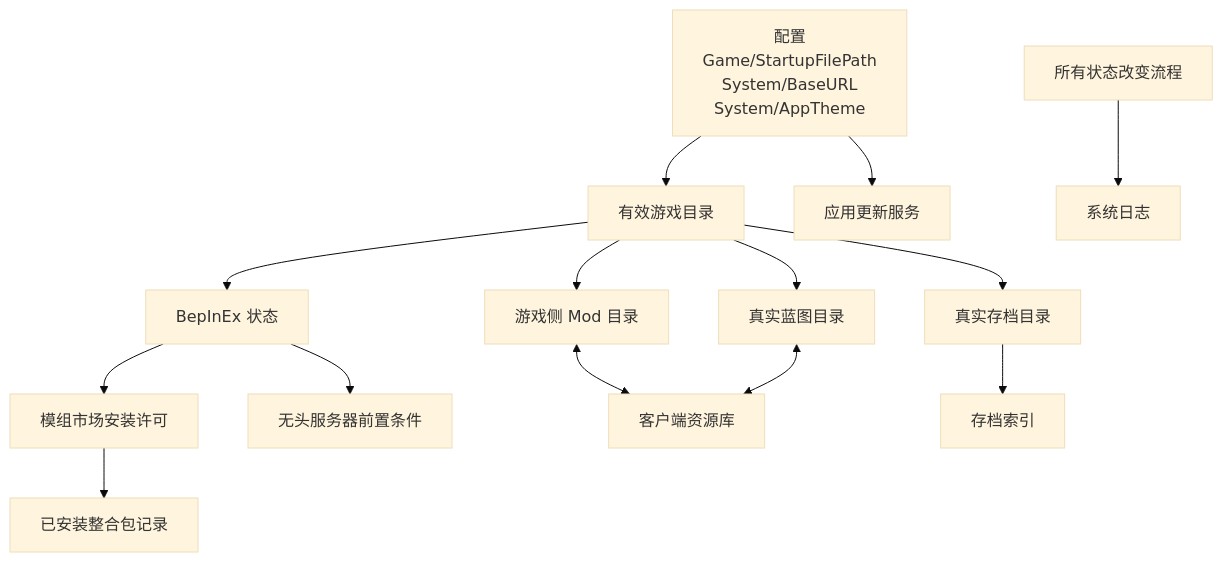
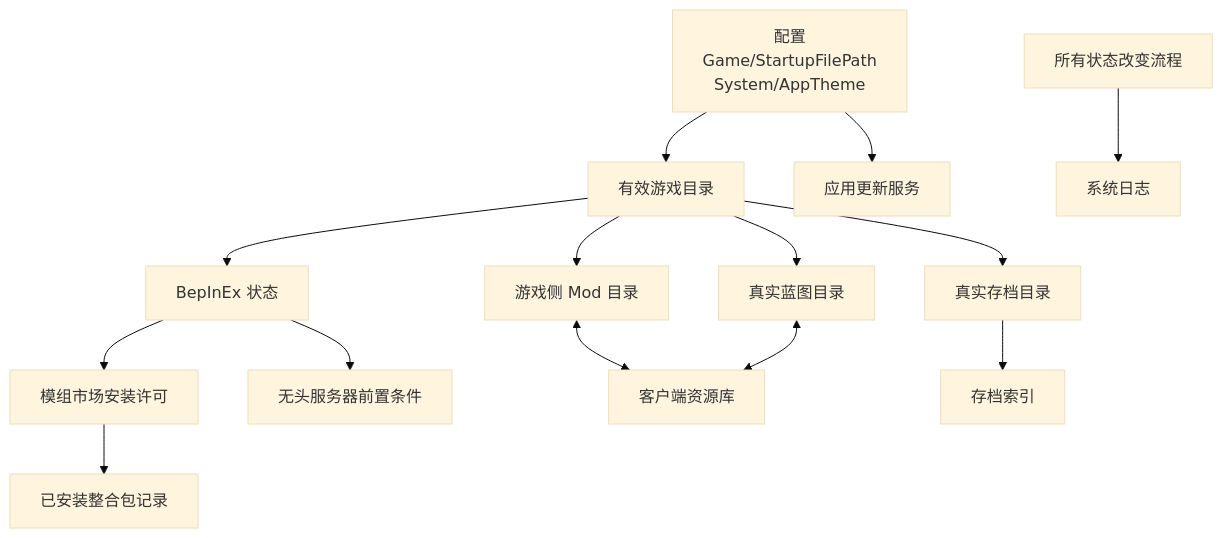
Before and after one commit to DarkSKL/dysonSphereBox: the first of 8 diagrams in docs/UI功能与逻辑说明.md, drawn with Mermaid (base theme). The commit also changed other lines of this file and 110 other files, not shown here.

````diff
--- a/docs/UI功能与逻辑说明.md
+++ b/docs/UI功能与逻辑说明.md
@@ -55,19 +55,18 @@
 ```mermaid
 flowchart TD
     Config[配置
     Game/StartupFilePath
-    System/BaseURL
     System/AppTheme] --> GameDir[有效游戏目录]
     GameDir --> BepInEx[BepInEx 状态]
     BepInEx --> ModMarket[模组市场安装许可]
     BepInEx --> Headless[无头服务器前置条件]
     ModMarket --> Installed[已安装整合包记录]
     GameDir --> RealMod[游戏侧 Mod 目录]
     GameDir --> RealBlueprint[真实蓝图目录]
     GameDir --> RealSave[真实存档目录]
     RealMod <--> EnvLibrary[客户端资源库]
     RealBlueprint <--> EnvLibrary
     RealSave --> SaveIndex[存档索引]
     Config --> Update[应用更新服务]
     AllWorkflows[所有状态改变流程] --> Logs[系统日志]
 ```
````
